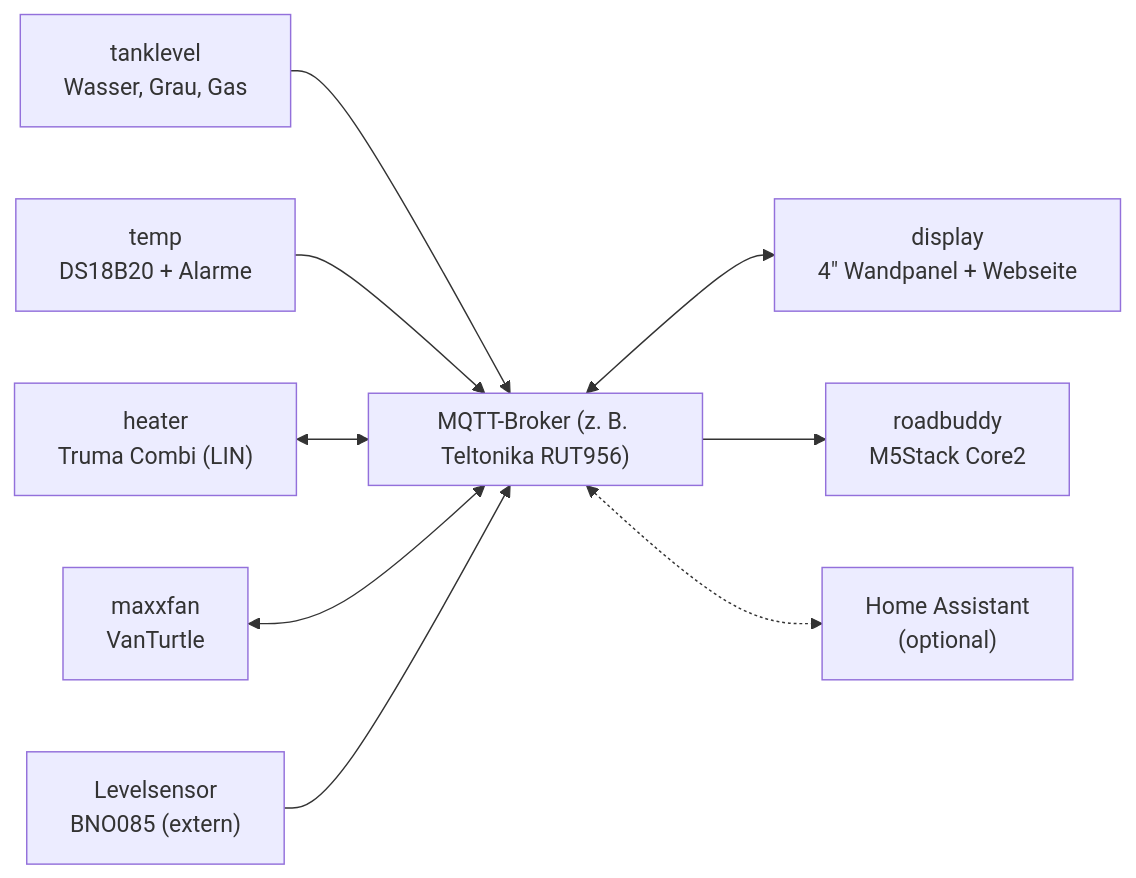
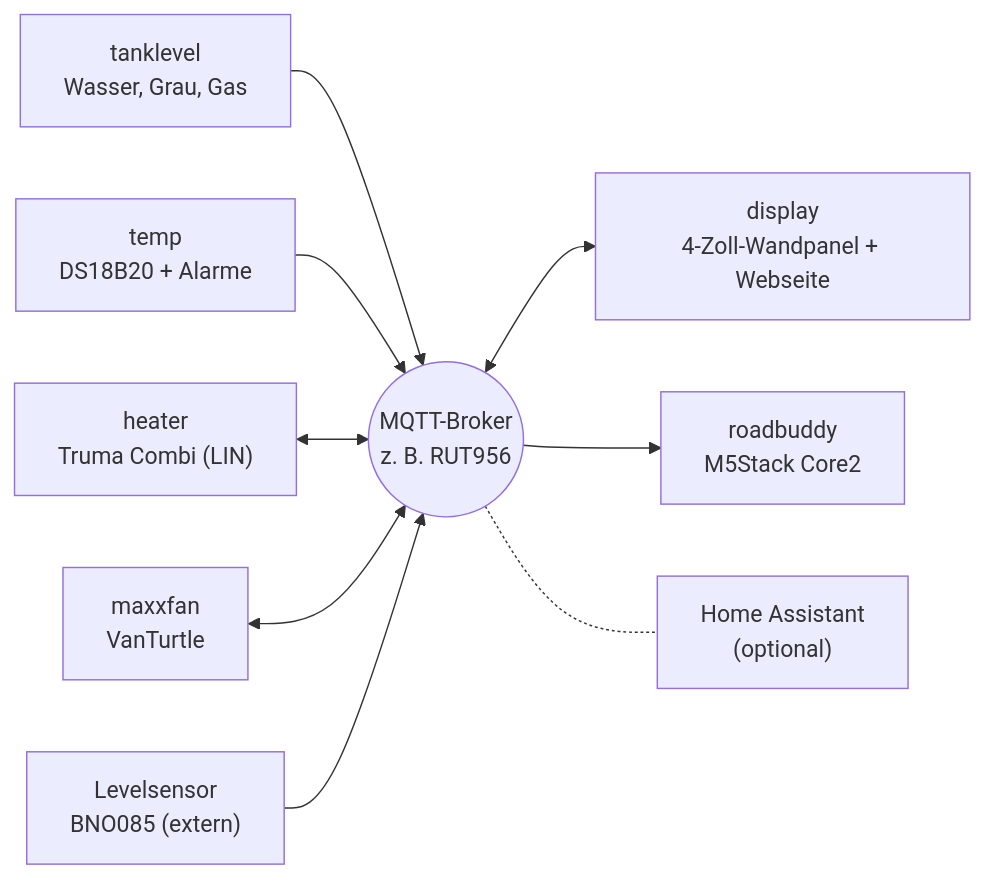
Before and after one commit to hflocki/camper-mqtt: the diagram in README.md, drawn with Mermaid.

Commit message:
Fix architecture diagram

````diff
--- a/README.md
+++ b/README.md
@@ -5,13 +5,12 @@
 ```mermaid
 flowchart LR
-  subgraph Broker["MQTT-Broker (z. B. Teltonika RUT956)"]
-  end
-  tank["tanklevel<br/>Wasser, Grau, Gas"] --> Broker
-  temp["temp<br/>DS18B20 + Alarme"] --> Broker
-  heater["heater<br/>Truma Combi (LIN)"] <--> Broker
-  fan["maxxfan<br/>VanTurtle"] <--> Broker
-  level["Levelsensor<br/>BNO085 (extern)"] --> Broker
-  Broker <--> display["display<br/>4&quot; Wandpanel + Webseite"]
-  Broker --> rb["roadbuddy<br/>M5Stack Core2"]
-  Broker <-.-> ha["Home Assistant<br/>(optional)"]
+  broker(("MQTT-Broker<br/>z. B. RUT956"))
+  tank["tanklevel<br/>Wasser, Grau, Gas"] --> broker
+  temp["temp<br/>DS18B20 + Alarme"] --> broker
+  heater["heater<br/>Truma Combi (LIN)"] <--> broker
+  fan["maxxfan<br/>VanTurtle"] <--> broker
+  level["Levelsensor<br/>BNO085 (extern)"] --> broker
+  broker <--> display["display<br/>4-Zoll-Wandpanel + Webseite"]
+  broker --> rb["roadbuddy<br/>M5Stack Core2"]
+  broker -.- ha["Home Assistant<br/>(optional)"]
 ```
````
